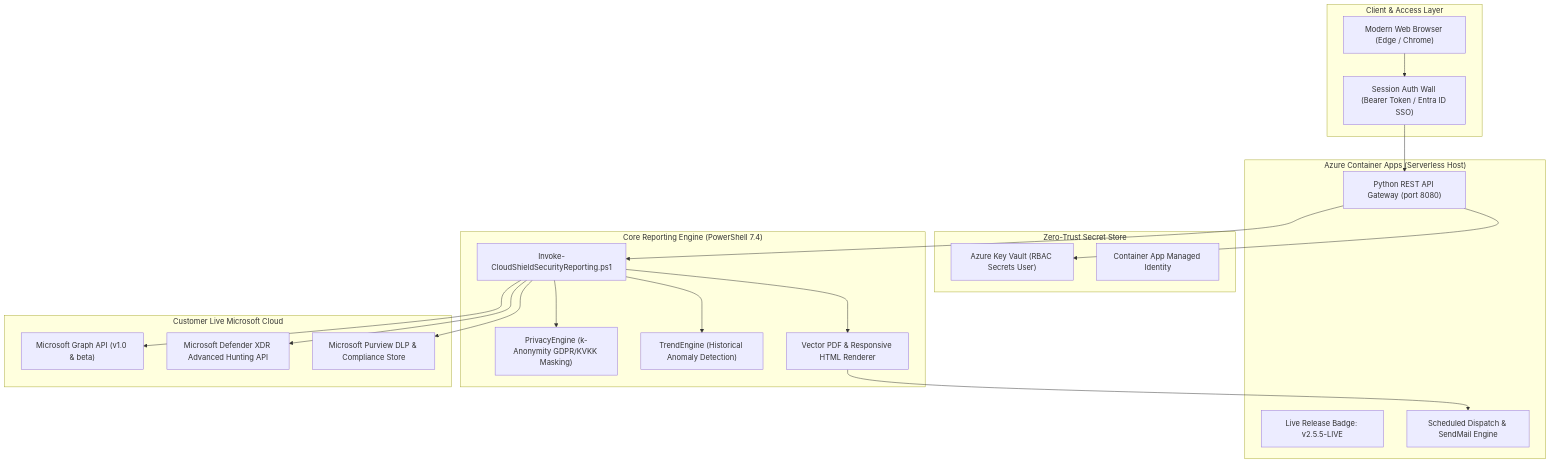
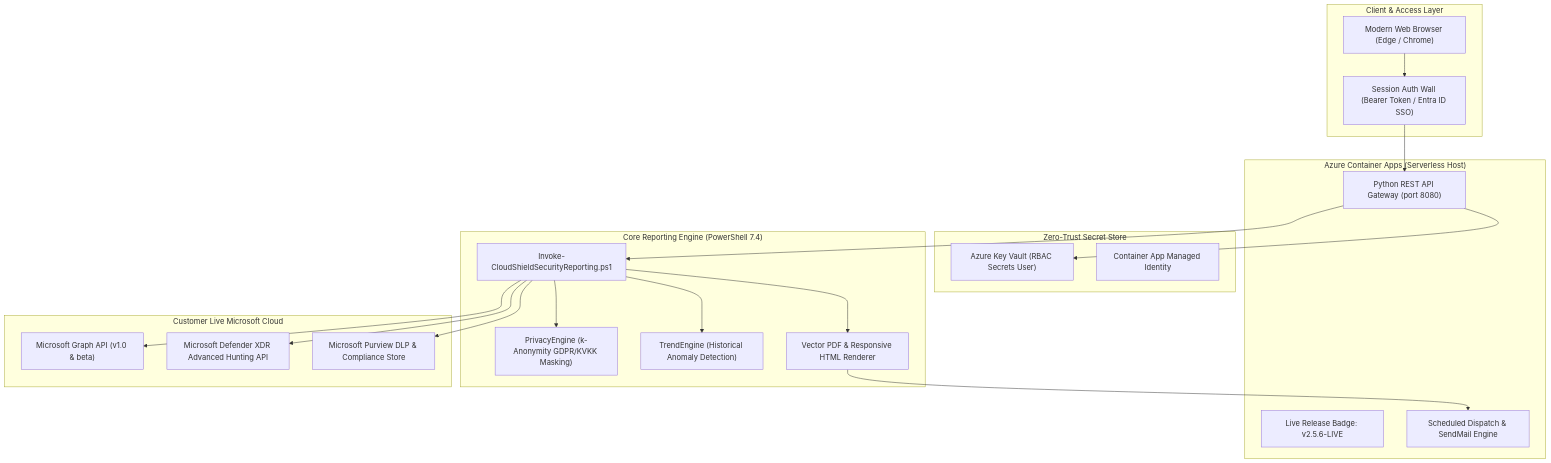
The diagram in README.md (canercetinkaya/cloudshield-mssp-portal), drawn with Mermaid before and after one commit. The commit also changed other lines of this file and 11 other files, not shown here.

Commit message:
release(v2.5.6-LIVE): create docs/agents modular knowledge base and subagent task matrix [build: 2026.09.10.6]

````diff
--- a/README.md
+++ b/README.md
@@ -31,43 +31,43 @@
 ```mermaid
 flowchart TD
     subgraph ClientLayer ["Client & Access Layer"]
         Browser["Modern Web Browser (Edge / Chrome)"]
         AuthWall["Session Auth Wall (Bearer Token / Entra ID SSO)"]
     end
 
     subgraph PortalLayer ["Azure Container Apps (Serverless Host)"]
         WebServer["Python REST API Gateway (port 8080)"]
-        VersionBadge["Live Release Badge: v2.5.5-LIVE"]
+        VersionBadge["Live Release Badge: v2.5.6-LIVE"]
         ReportDispatcher["Scheduled Dispatch & SendMail Engine"]
     end
 
     subgraph SecurityVault ["Zero-Trust Secret Store"]
         AKV["Azure Key Vault (RBAC Secrets User)"]
         ManagedIdentity["Container App Managed Identity"]
     end
 
     subgraph EngineLayer ["Core Reporting Engine (PowerShell 7.4)"]
         EngineMain["Invoke-CloudShieldSecurityReporting.ps1"]
         PrivacyEngine["PrivacyEngine (k-Anonymity GDPR/KVKK Masking)"]
         TrendEngine["TrendEngine (Historical Anomaly Detection)"]
         Renderer["Vector PDF & Responsive HTML Renderer"]
     end
 
     subgraph MicrosoftCloud ["Customer Live Microsoft Cloud"]
         GraphAPI["Microsoft Graph API (v1.0 & beta)"]
         DefenderAPI["Microsoft Defender XDR Advanced Hunting API"]
         PurviewDLP["Microsoft Purview DLP & Compliance Store"]
     end
 
     Browser --> AuthWall
     AuthWall --> WebServer
     WebServer --> AKV
     WebServer --> EngineMain
     EngineMain --> PrivacyEngine
     EngineMain --> TrendEngine
     EngineMain --> Renderer
     EngineMain --> GraphAPI
     EngineMain --> DefenderAPI
     EngineMain --> PurviewDLP
     Renderer --> ReportDispatcher
 ```
````
